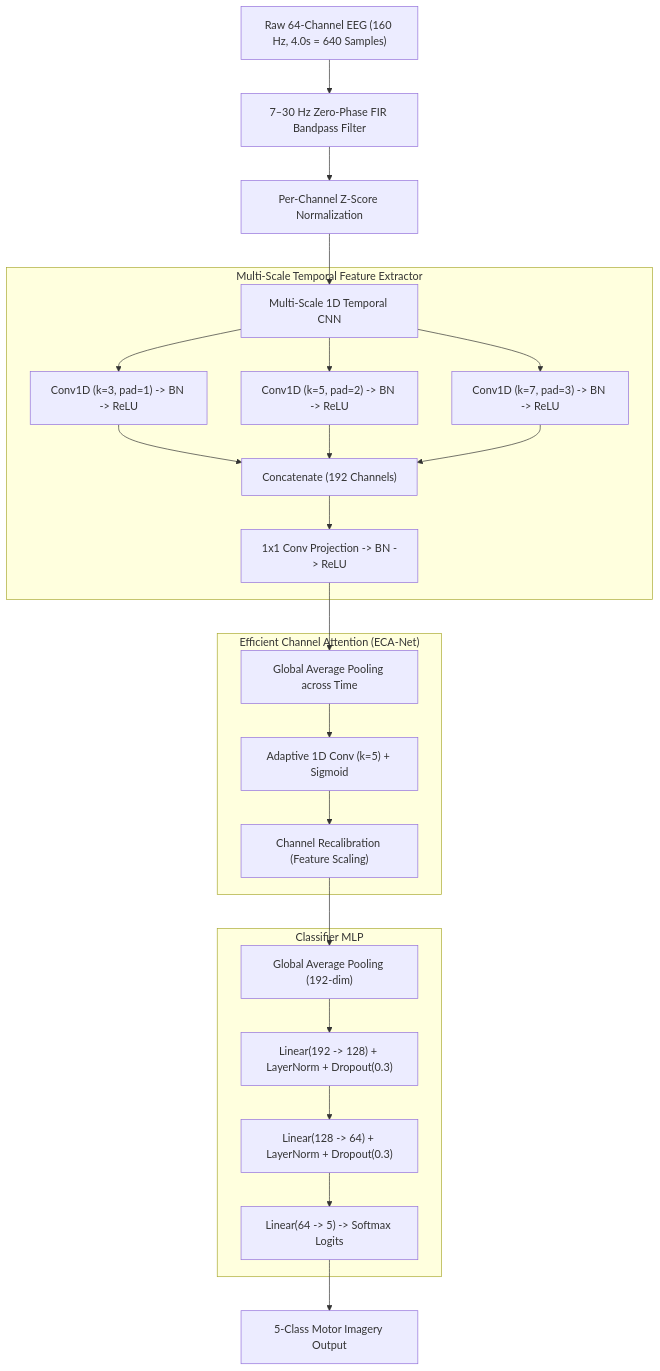
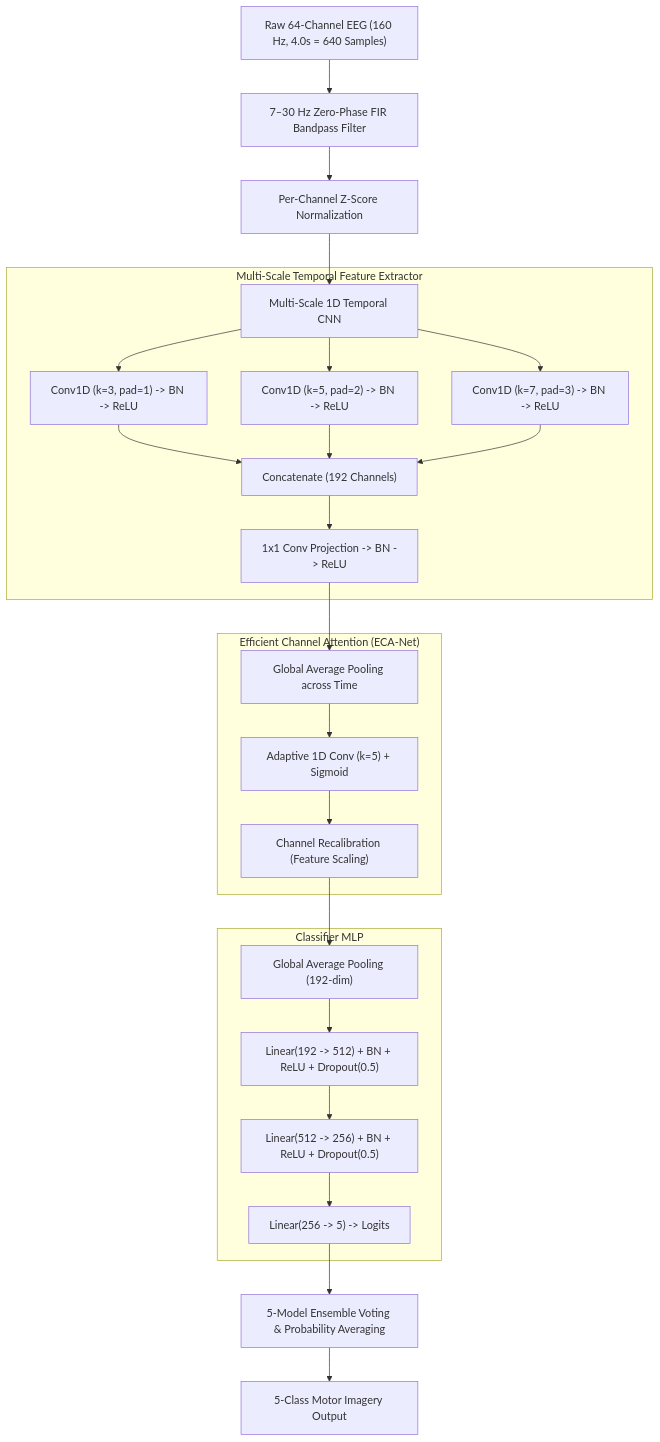
The diagram in README.md (Nada-Naveesh/NeuroSwift), drawn with Mermaid before and after one commit. The commit also changed other lines of this file and 24 other files, not shown here.

Commit message:
feat: integrate 5-model diverse ensemble, cross-validation, hyperparameter tuning, advanced augmentations, and base paper benchmark comparison (Lian et al., 2025)

````diff
--- a/README.md
+++ b/README.md
@@ -43,31 +45,32 @@
 ```mermaid
 graph TD
     A["Raw 64-Channel EEG (160 Hz, 4.0s = 640 Samples)"] --> B["7–30 Hz Zero-Phase FIR Bandpass Filter"]
     B --> C["Per-Channel Z-Score Normalization"]
     C --> D["Multi-Scale 1D Temporal CNN"]
     
     subgraph MultiScale ["Multi-Scale Temporal Feature Extractor"]
         D --> D1["Conv1D (k=3, pad=1) -> BN -> ReLU"]
         D --> D2["Conv1D (k=5, pad=2) -> BN -> ReLU"]
         D --> D3["Conv1D (k=7, pad=3) -> BN -> ReLU"]
         D1 --> E["Concatenate (192 Channels)"]
         D2 --> E
         D3 --> E
         E --> F["1x1 Conv Projection -> BN -> ReLU"]
     end
     
     subgraph Attention ["Efficient Channel Attention (ECA-Net)"]
         F --> G["Global Average Pooling across Time"]
         G --> H["Adaptive 1D Conv (k=5) + Sigmoid"]
         H --> I["Channel Recalibration (Feature Scaling)"]
     end
     
     subgraph Classifier ["Classifier MLP"]
         I --> J["Global Average Pooling (192-dim)"]
-        J --> K["Linear(192 -> 128) + LayerNorm + Dropout(0.3)"]
-        K --> L["Linear(128 -> 64) + LayerNorm + Dropout(0.3)"]
-        L --> M["Linear(64 -> 5) -> Softmax Logits"]
+        J --> K["Linear(192 -> 512) + BN + ReLU + Dropout(0.5)"]
+        K --> L["Linear(512 -> 256) + BN + ReLU + Dropout(0.5)"]
+        L --> M["Linear(256 -> 5) -> Logits"]
     end
     
-    M --> N["5-Class Motor Imagery Output"]
+    M --> N["5-Model Ensemble Voting & Probability Averaging"]
+    N --> O["5-Class Motor Imagery Output"]
 ```
````
